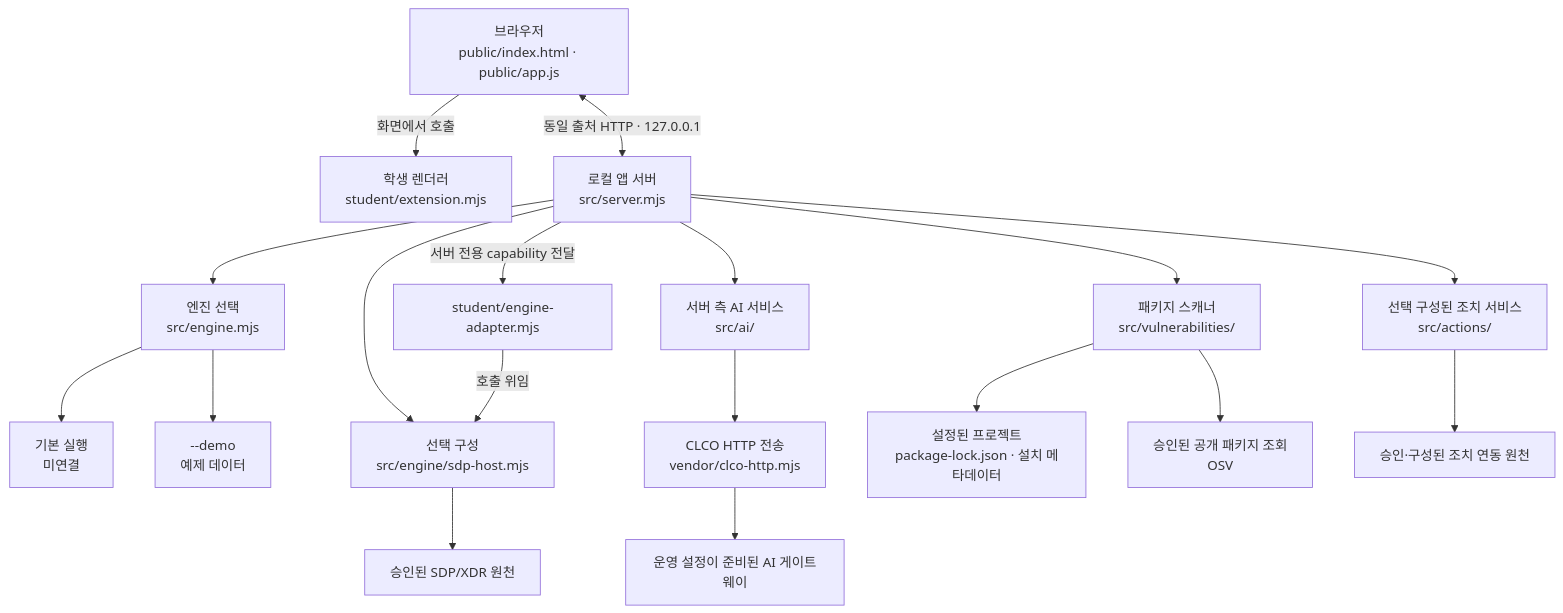
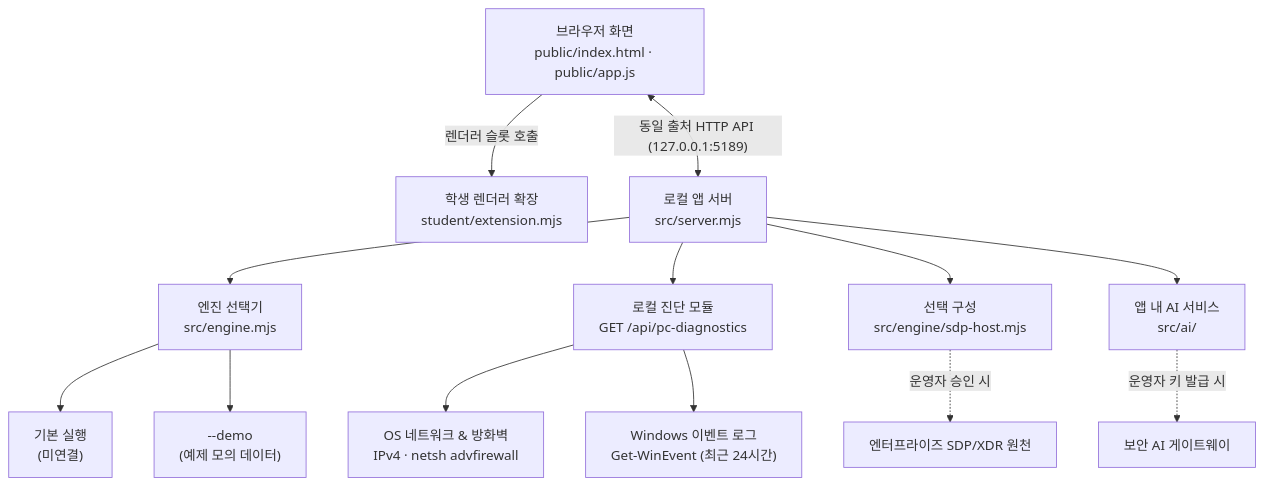
The diagram in README.md (Andy255319/on-client), drawn with Mermaid before and after one commit. The commit also changed other lines of this file and 2 other files, not shown here.

````diff
--- a/README.md
+++ b/README.md
@@ -41,27 +34,23 @@
 ```mermaid
 flowchart TD
-  Browser["브라우저<br/>public/index.html · public/app.js"]
-  Student["학생 렌더러<br/>student/extension.mjs"]
+  Browser["브라우저 화면<br/>public/index.html · public/app.js"]
+  Student["학생 렌더러 확장<br/>student/extension.mjs"]
   Server["로컬 앱 서버<br/>src/server.mjs"]
-  Browser -->|"화면에서 호출"| Student
-  Browser <-->|"동일 출처 HTTP · 127.0.0.1"| Server
+  
+  Browser -->|"렌더러 슬롯 호출"| Student
+  Browser <-->|"동일 출처 HTTP API (127.0.0.1:5189)"| Server
 
-  Server --> Engine["엔진 선택<br/>src/engine.mjs"]
-  Engine --> Disconnected["기본 실행<br/>미연결"]
-  Engine --> Demo["--demo<br/>예제 데이터"]
+  Server --> Engine["엔진 선택기<br/>src/engine.mjs"]
+  Engine --> Disconnected["기본 실행<br/>(미연결)"]
+  Engine --> Demo["--demo<br/>(예제 모의 데이터)"]
+
+  Server --> LocalDiag["로컬 진단 모듈<br/>GET /api/pc-diagnostics"]
+  LocalDiag --> OS["OS 네트워크 & 방화벽<br/>IPv4 · netsh advfirewall"]
+  LocalDiag --> EventLog["Windows 이벤트 로그<br/>Get-WinEvent (최근 24시간)"]
+
   Server --> Sdp["선택 구성<br/>src/engine/sdp-host.mjs"]
-  Server -->|"서버 전용 capability 전달"| Adapter["student/engine-adapter.mjs"]
-  Adapter -->|"호출 위임"| Sdp
-  Sdp --> SdpSource["승인된 SDP/XDR 원천"]
+  Sdp -.->|"운영자 승인 시"| SdpSource["엔터프라이즈 SDP/XDR 원천"]
 
-  Server --> Ai["서버 측 AI 서비스<br/>src/ai/"]
-  Ai --> Clco["CLCO HTTP 전송<br/>vendor/clco-http.mjs"]
-  Clco --> Gateway["운영 설정이 준비된 AI 게이트웨이"]
-
-  Server --> Scanner["패키지 스캐너<br/>src/vulnerabilities/"]
-  Scanner --> Project["설정된 프로젝트<br/>package-lock.json · 설치 메타데이터"]
-  Scanner --> Osv["승인된 공개 패키지 조회<br/>OSV"]
-
-  Server --> Actions["선택 구성된 조치 서비스<br/>src/actions/"]
-  Actions --> ActionSource["승인·구성된 조치 연동 원천"]
+  Server --> Ai["앱 내 AI 서비스<br/>src/ai/"]
+  Ai -.->|"운영자 키 발급 시"| Gateway["보안 AI 게이트웨이"]
 ```
````
